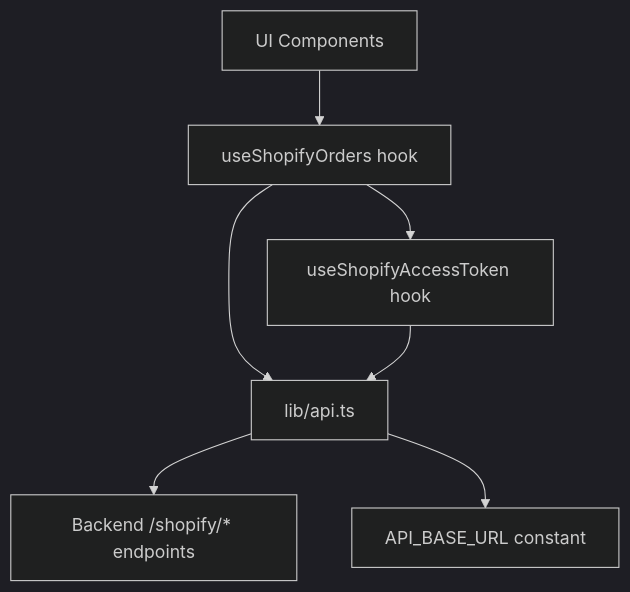
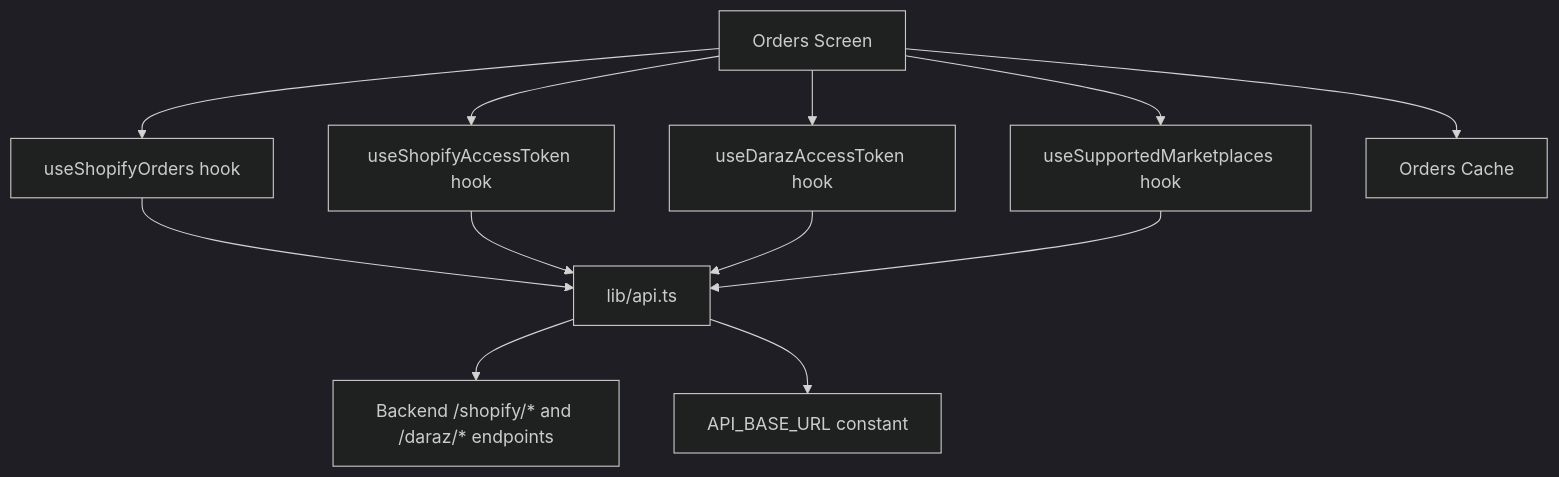
Before and after one commit to Muhammad-Masood/tijarah-ai-app: the first of 4 diagrams in .qoder/repowiki/en/content/Marketplace Integration/Shopify Integration/Order Management.md, drawn with Mermaid (dark theme). The commit also changed other lines of this file and 11 other files, not shown here.

````diff
--- a/.qoder/repowiki/en/content/Marketplace Integration/Shopify Integration/Order Management.md
+++ b/.qoder/repowiki/en/content/Marketplace Integration/Shopify Integration/Order Management.md
@@ -33,9 +47,14 @@
 ```mermaid
 graph TB
-UI["UI Components"] --> HOrders["useShopifyOrders hook"]
-HOrders --> HToken["useShopifyAccessToken hook"]
-HOrders --> API["lib/api.ts"]
-HToken --> API
-API --> Backend["Backend /shopify/* endpoints"]
+UI["Orders Screen"] --> HMarketplaces["useSupportedMarketplaces hook"]
+UI --> HShopifyOrders["useShopifyOrders hook"]
+UI --> HShopifyToken["useShopifyAccessToken hook"]
+UI --> HDarazToken["useDarazAccessToken hook"]
+HShopifyOrders --> API["lib/api.ts"]
+HShopifyToken --> API
+HDarazToken --> API
+HMarketplaces --> API
+API --> Backend["Backend /shopify/* and /daraz/* endpoints"]
 API --> BaseURL["API_BASE_URL constant"]
+UI --> Cache["Orders Cache"]
 ```
````
